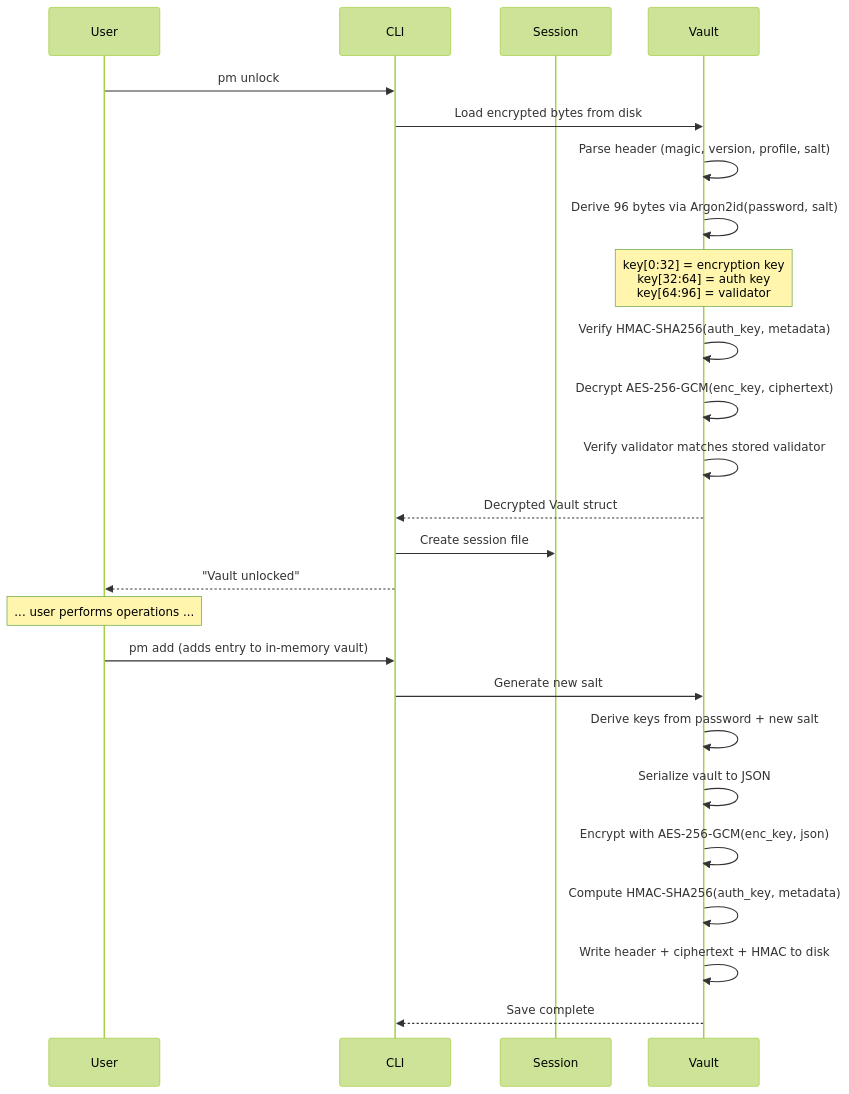
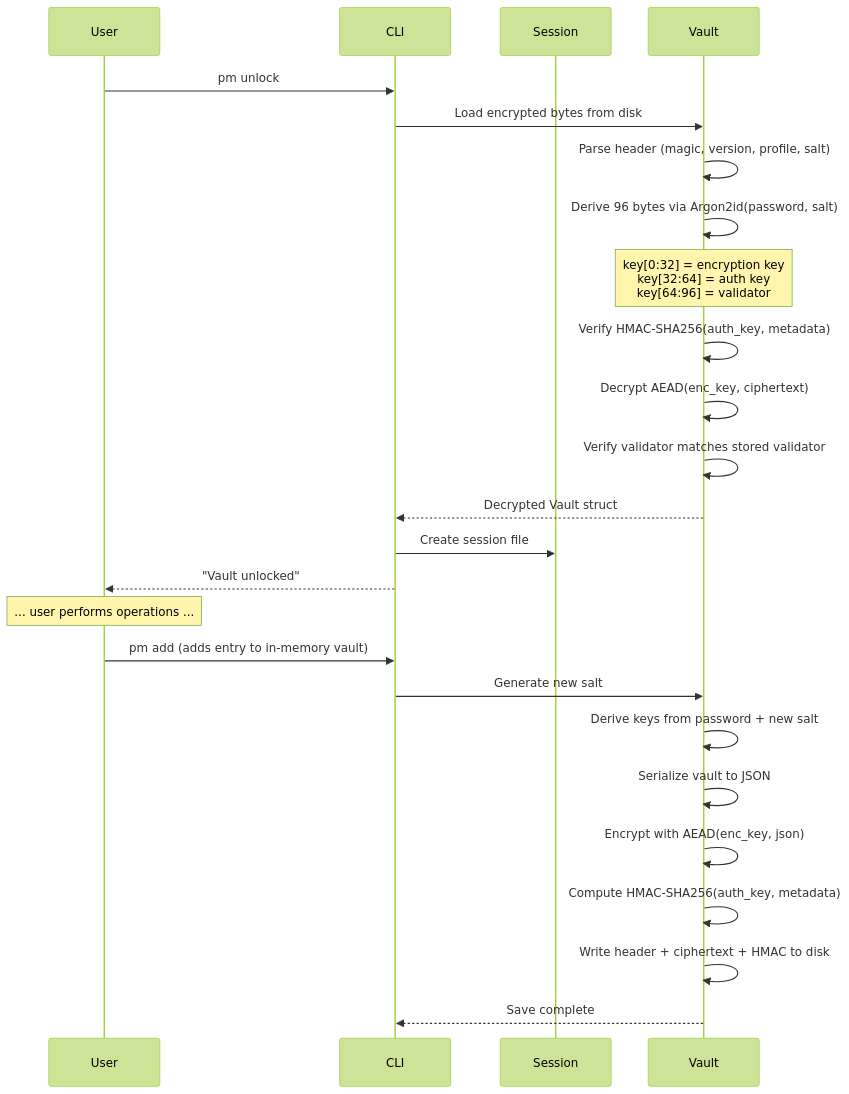
One commit to aaravmaloo/apm changed the second of 2 diagrams in docs/concepts/architecture.md. Above: the diagram before and after it, drawn with Mermaid (forest theme). The commit also changed 19 other files, not shown here.

````diff
--- a/docs/concepts/architecture.md
+++ b/docs/concepts/architecture.md
@@ -154,30 +154,30 @@
 ```mermaid
 sequenceDiagram
     participant User
     participant CLI
     participant Session
     participant Vault
 
     User->>CLI: pm unlock
     CLI->>Vault: Load encrypted bytes from disk
     Vault->>Vault: Parse header (magic, version, profile, salt)
     Vault->>Vault: Derive 96 bytes via Argon2id(password, salt)
     Note over Vault: key[0:32] = encryption key<br/>key[32:64] = auth key<br/>key[64:96] = validator
     Vault->>Vault: Verify HMAC-SHA256(auth_key, metadata)
-    Vault->>Vault: Decrypt AES-256-GCM(enc_key, ciphertext)
+    Vault->>Vault: Decrypt AEAD(enc_key, ciphertext)
     Vault->>Vault: Verify validator matches stored validator
     Vault-->>CLI: Decrypted Vault struct
     CLI->>Session: Create session file
     CLI-->>User: "Vault unlocked"
 
     Note over User: ... user performs operations ...
 
     User->>CLI: pm add (adds entry to in-memory vault)
     CLI->>Vault: Generate new salt
     Vault->>Vault: Derive keys from password + new salt
     Vault->>Vault: Serialize vault to JSON
-    Vault->>Vault: Encrypt with AES-256-GCM(enc_key, json)
+    Vault->>Vault: Encrypt with AEAD(enc_key, json)
     Vault->>Vault: Compute HMAC-SHA256(auth_key, metadata)
     Vault->>Vault: Write header + ciphertext + HMAC to disk
     Vault-->>CLI: Save complete
 ```
````
